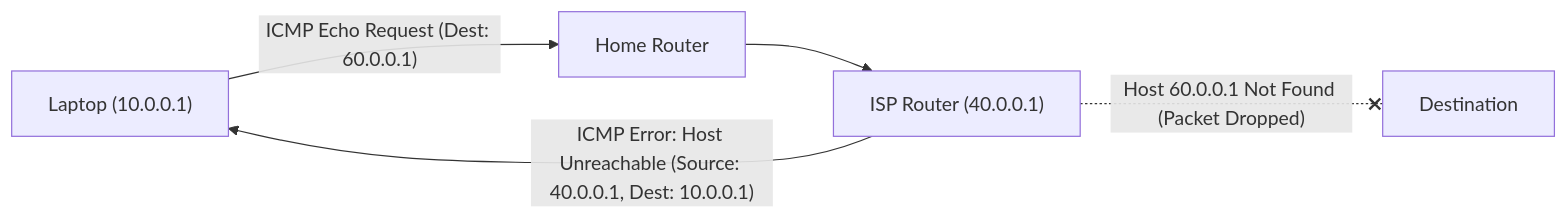
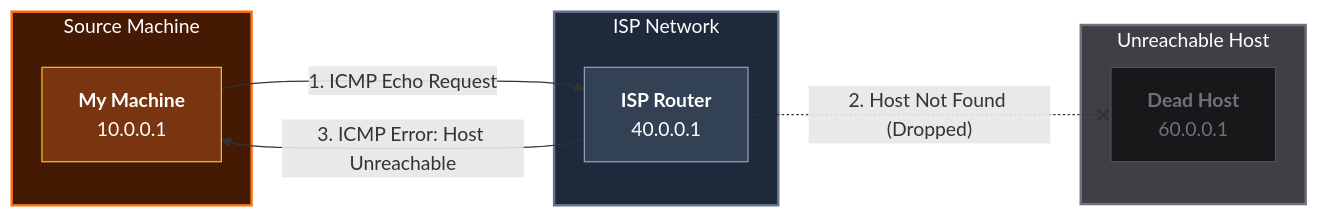
Before and after one commit to ayuslharora/blog-ayuslh: the fourth of 8 diagrams in content/posts/networking/ch12-icmp-ping-and-traceroute.mdx, drawn with Mermaid. The commit also changed other lines of this file, not shown here.

Commit message:
Update diagram layouts and styling in Ch.12 post

````diff
--- a/content/posts/networking/ch12-icmp-ping-and-traceroute.mdx
+++ b/content/posts/networking/ch12-icmp-ping-and-traceroute.mdx
@@ -89,7 +149,27 @@
 ```mermaid
 flowchart LR
-    A["Laptop (10.0.0.1)"] -->|"ICMP Echo Request (Dest: 60.0.0.1)"| B["Home Router"]
-    B --> C["ISP Router (40.0.0.1)"]
-    C -.-x|"Host 60.0.0.1 Not Found (Packet Dropped)"| D["Destination"]
-    C -->|"ICMP Error: Host Unreachable (Source: 40.0.0.1, Dest: 10.0.0.1)"| A
+    subgraph Source ["Source Machine"]
+        Laptop["<b>My Machine</b><br>10.0.0.1"]
+    end
+
+    subgraph ISP ["ISP Network"]
+        Router40["<b>ISP Router</b><br>40.0.0.1"]
+    end
+
+    subgraph DeadTarget ["Unreachable Host"]
+        DeadHost["<b>Dead Host</b><br>60.0.0.1"]
+    end
+
+    Laptop -- "1. ICMP Echo Request" --> Router40
+    Router40 -.-x|"2. Host Not Found (Dropped)"| DeadHost
+    Router40 -- "3. ICMP Error: Host Unreachable" --> Laptop
+
+    style Source fill:#451a03,stroke:#f97316,stroke-width:2px,color:#fff
+    style Laptop fill:#78350f,stroke:#fbbf24,color:#fff
+
+    style ISP fill:#1e293b,stroke:#64748b,stroke-width:2px,color:#fff
+    style Router40 fill:#334155,stroke:#94a3b8,color:#fff
+
+    style DeadTarget fill:#3f3f46,stroke:#71717a,stroke-width:2px,color:#fff
+    style DeadHost fill:#18181b,stroke:#52525b,color:#71717a
 ```
````
